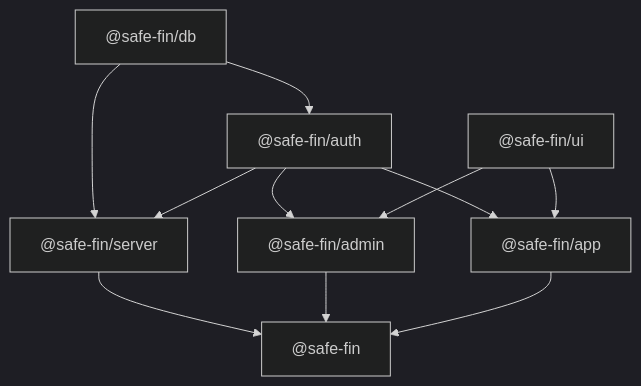
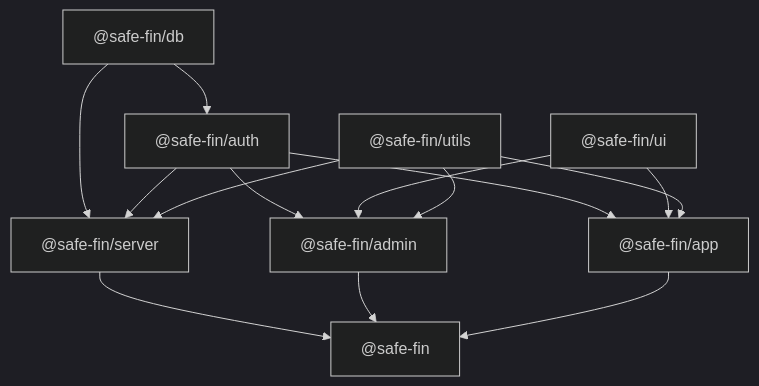
Before and after one commit to anmol-fzr/safe-fin: the diagram in README.md, drawn with Mermaid (dark theme). The commit also changed other lines of this file, not shown here.

Commit message:
Add: New Packge in diagram

````diff
--- a/README.md
+++ b/README.md
@@ -134,23 +135,31 @@
 ```mermaid
 graph TD
     %% Define a short ID for each package (e.g., db, auth, ui)
     db["@safe-fin/db"]
     auth["@safe-fin/auth"]
     ui["@safe-fin/ui"]
+    utils["@safe-fin/utils"]
     server["@safe-fin/server"]
     admin["@safe-fin/admin"]
     app["@safe-fin/app"]
     root["@safe-fin"]
 
     %% Define dependencies using the short IDs
     db --> auth
     db --> server
+
     auth --> server
     auth --> admin
     auth --> app
+
     ui --> admin
     ui --> app
+
+    utils --> admin
+    utils --> app
+    utils --> server
+
     server --> root
     admin --> root
     app --> root
 ```
````
